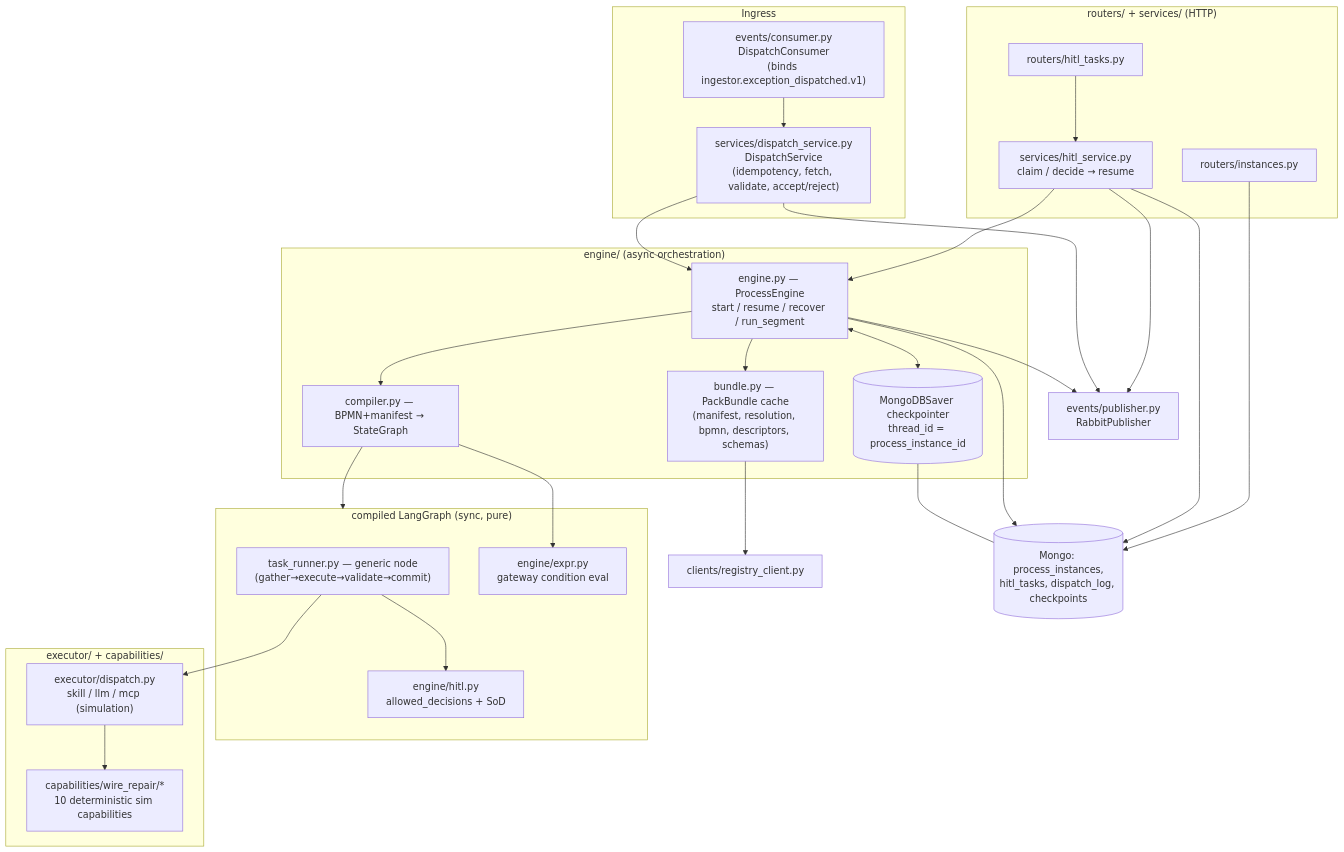
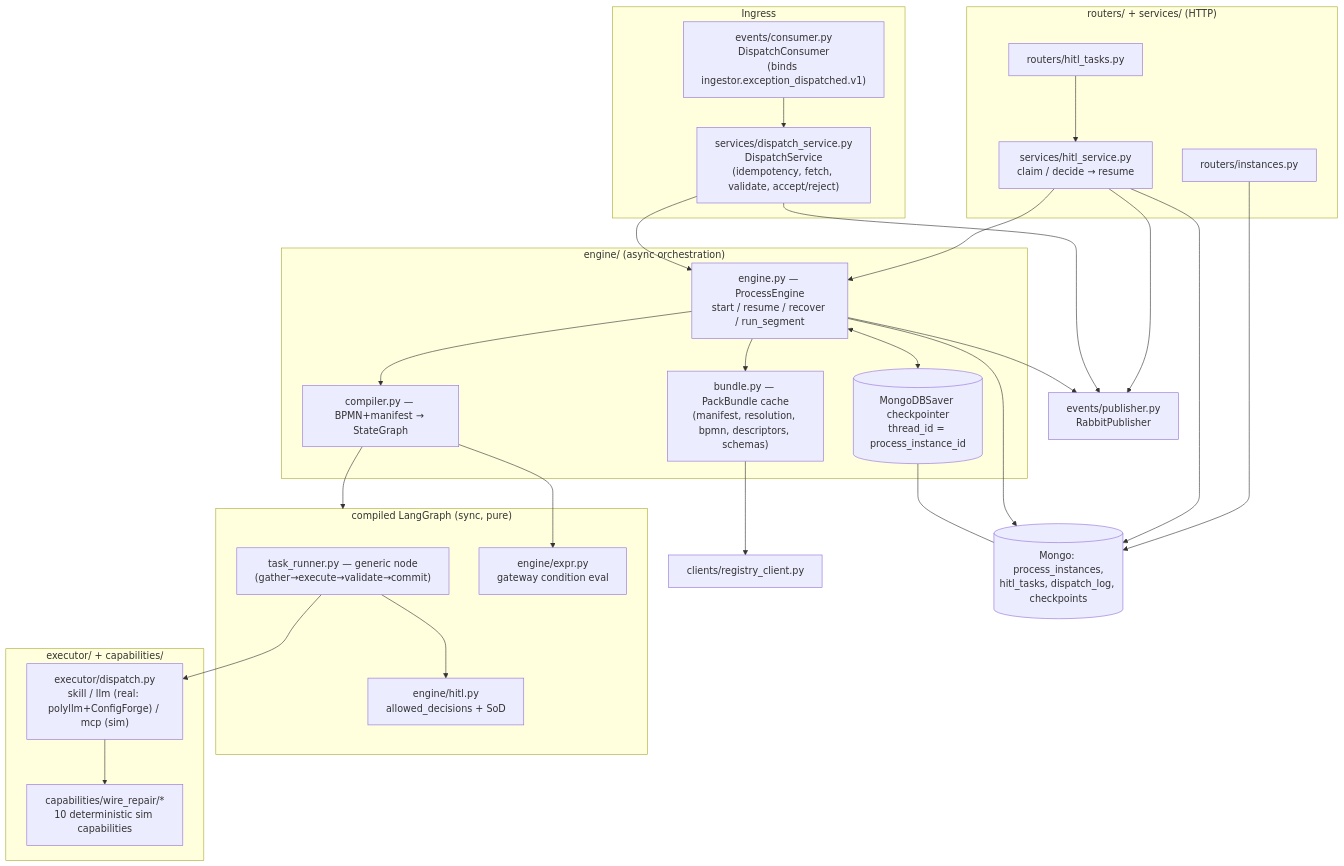
The second of 6 diagrams in backend/docs/amendia_agent_runtime_execution_pipeline.md (skamble7/Amendia), drawn with Mermaid before and after one commit. The commit also changed other lines of this file and 34 other files, not shown here.

Commit message:
implemented real LLM

````diff
--- a/backend/docs/amendia_agent_runtime_execution_pipeline.md
+++ b/backend/docs/amendia_agent_runtime_execution_pipeline.md
@@ -58,46 +58,46 @@
 ```mermaid
 flowchart TB
   subgraph Ingress
     CONS["events/consumer.py\nDispatchConsumer\n(binds ingestor.exception_dispatched.v1)"]
     DS["services/dispatch_service.py\nDispatchService\n(idempotency, fetch, validate, accept/reject)"]
   end
   subgraph Engine["engine/ (async orchestration)"]
     ENG["engine.py — ProcessEngine\nstart / resume / recover / run_segment"]
     BUN["bundle.py — PackBundle cache\n(manifest, resolution, bpmn, descriptors, schemas)"]
     CMP["compiler.py — BPMN+manifest → StateGraph"]
     CP[("MongoDBSaver checkpointer\nthread_id = process_instance_id")]
   end
   subgraph Graph["compiled LangGraph (sync, pure)"]
     TR["task_runner.py — generic node\n(gather→execute→validate→commit)"]
     HITL["engine/hitl.py\nallowed_decisions + SoD"]
     EXPR["engine/expr.py\ngateway condition eval"]
   end
   subgraph Exec["executor/ + capabilities/"]
-    EX["executor/dispatch.py\nskill / llm / mcp (simulation)"]
+    EX["executor/dispatch.py\nskill / llm (real: polyllm+ConfigForge) / mcp (sim)"]
     CAPS["capabilities/wire_repair/*\n10 deterministic sim capabilities"]
   end
   subgraph HTTPside["routers/ + services/ (HTTP)"]
     RT_I["routers/instances.py"]
     RT_H["routers/hitl_tasks.py"]
     HS["services/hitl_service.py\nclaim / decide → resume"]
   end
   PUB["events/publisher.py\nRabbitPublisher"]
   REG["clients/registry_client.py"]
   DB[("Mongo: process_instances,\nhitl_tasks, dispatch_log, checkpoints")]
 
   CONS --> DS --> ENG
   ENG --> BUN --> REG
   ENG --> CMP --> Graph
   ENG <--> CP
   CP --- DB
   TR --> EX --> CAPS
   TR --> HITL
   CMP --> EXPR
   ENG --> PUB
   DS --> PUB
   RT_H --> HS --> ENG
   HS --> PUB
   ENG --> DB
   HS --> DB
   RT_I --> DB
 ```
````
